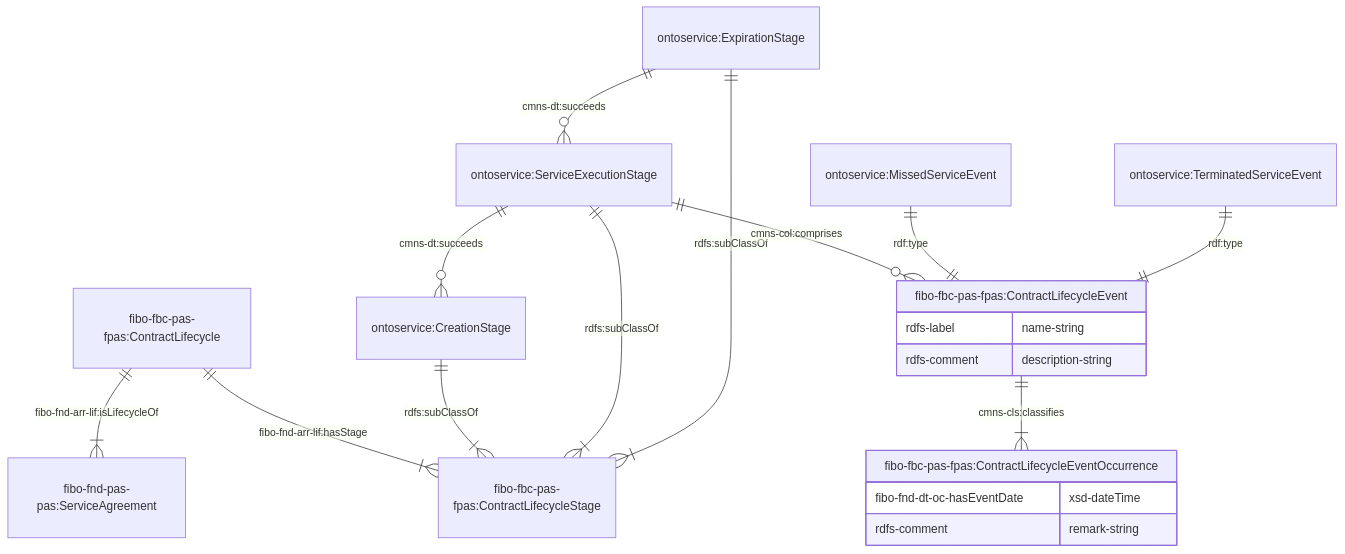
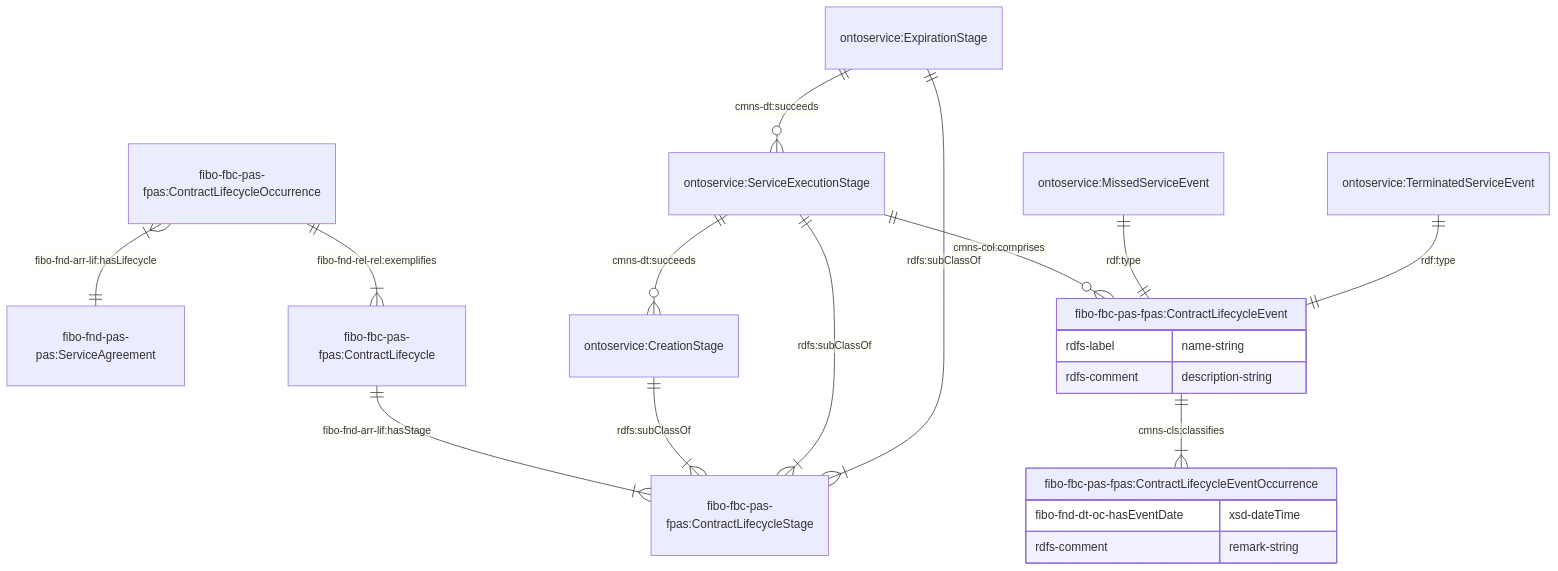
One commit to cambridge-cares/TheWorldAvatar changed the fourth of 11 diagrams in JPS_Ontology/ontology/ontowastemanagement/README.md. Above: the diagram before and after it, drawn with Mermaid. The commit also changed other lines of this file and 4 other files, not shown here.

````diff
--- a/JPS_Ontology/ontology/ontowastemanagement/README.md
+++ b/JPS_Ontology/ontology/ontowastemanagement/README.md
@@ -208,24 +208,24 @@
 ```mermaid
     erDiagram
-    "fibo-fbc-pas-fpas:ContractLifecycle" ||--|{ "fibo-fnd-pas-pas:ServiceAgreement" : "fibo-fnd-arr-lif:isLifecycleOf"
-    "fibo-fbc-pas-fpas:ContractLifecycle" ||--|{ "fibo-fbc-pas-fpas:ContractLifecycleStage" : "fibo-fnd-arr-lif:hasStage"
+    "fibo-fbc-pas-fpas:ContractLifecycleOccurrence" }|--|| "fibo-fnd-pas-pas:ServiceAgreement" : "fibo-fnd-arr-lif:hasLifecycle"
+    "fibo-fbc-pas-fpas:ContractLifecycleOccurrence" ||--|{ "fibo-fbc-pas-fpas:ContractLifecycle" : "fibo-fnd-rel-rel:exemplifies"    "fibo-fbc-pas-fpas:ContractLifecycle" ||--|{ "fibo-fbc-pas-fpas:ContractLifecycleStage" : "fibo-fnd-arr-lif:hasStage"
     "ontoservice:CreationStage" ||--|{ "fibo-fbc-pas-fpas:ContractLifecycleStage" : "rdfs:subClassOf"
     "ontoservice:ServiceExecutionStage" ||--|{ "fibo-fbc-pas-fpas:ContractLifecycleStage" : "rdfs:subClassOf"
     "ontoservice:ExpirationStage" ||--|{ "fibo-fbc-pas-fpas:ContractLifecycleStage" : "rdfs:subClassOf"
     "ontoservice:ServiceExecutionStage" ||--o{ "ontoservice:CreationStage" : "cmns-dt:succeeds"
     "ontoservice:ExpirationStage" ||--o{ "ontoservice:ServiceExecutionStage" : "cmns-dt:succeeds"
 
     "ontoservice:ServiceExecutionStage" ||--o{ "fibo-fbc-pas-fpas:ContractLifecycleEvent" : "cmns-col:comprises"
     "fibo-fbc-pas-fpas:ContractLifecycleEvent" {
         rdfs-label name-string
         rdfs-comment description-string
     }
     "ontoservice:MissedServiceEvent" ||--|| "fibo-fbc-pas-fpas:ContractLifecycleEvent" : "rdf:type"
     "ontoservice:TerminatedServiceEvent" ||--|| "fibo-fbc-pas-fpas:ContractLifecycleEvent" : "rdf:type"
 
     "fibo-fbc-pas-fpas:ContractLifecycleEvent" ||--|{ "fibo-fbc-pas-fpas:ContractLifecycleEventOccurrence" : "cmns-cls:classifies"
     "fibo-fbc-pas-fpas:ContractLifecycleEventOccurrence" {
         fibo-fnd-dt-oc-hasEventDate xsd-dateTime
         rdfs-comment remark-string
     }
 ```
````
